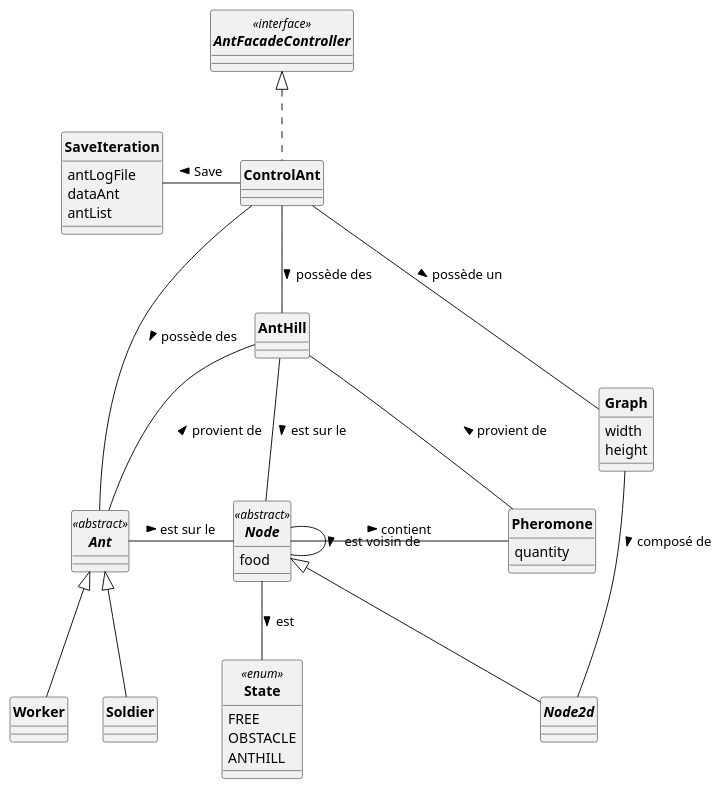
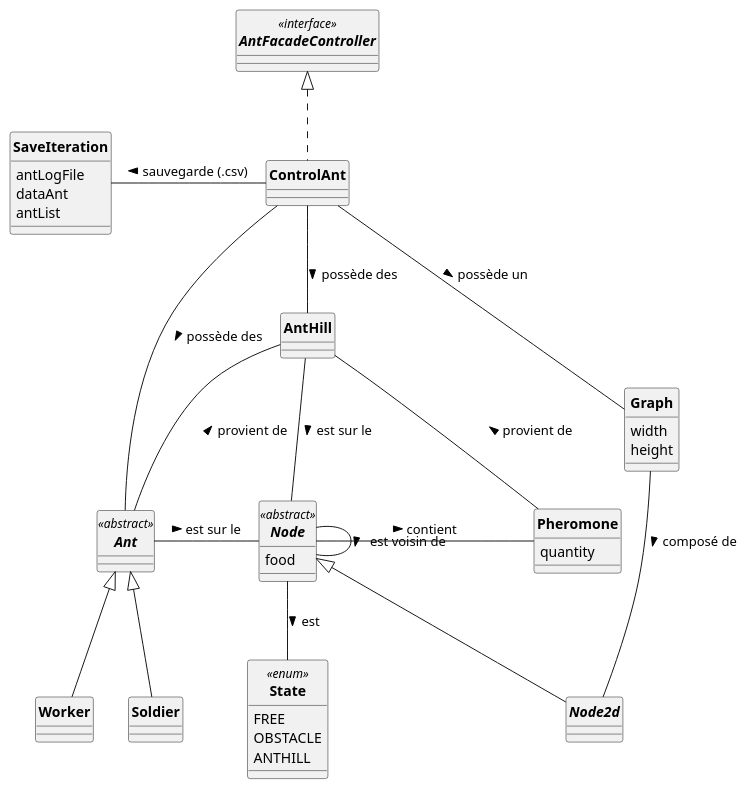
The diagram in src/main/uml/Fourmis_DCa.puml (ErenMustafaGit/ColonieFourmis), drawn with PlantUML before and after one commit. The commit also changed 3 other files, not shown here.

```diff
--- a/src/main/uml/Fourmis_DCa.puml
+++ b/src/main/uml/Fourmis_DCa.puml
@@ -1,78 +1,78 @@
 @startuml
 'https://plantuml.com/sequence-diagram
 skinparam style strictuml
 skinparam classAttributeIconSize 0
 skinparam circledCharacterRadius 0
 skinparam circledCharacterFontSize 0
 skinparam classFontStyle Bold
 'autonumber
 
 
 interface AntFacadeController<<interface>>{
 
 }
 
 enum State <<enum>> {
     FREE
     OBSTACLE
     ANTHILL
 }
 
 
 class Graph {
      width
      height
 }
 abstract Node <<abstract>>{
     food
 }
 
 
 
 abstract Ant <<abstract>>{
 
 }
 
 class AntHill {
 
 }
 
 class Soldier extends Ant{
 
 }
 
 class Worker extends Ant{
 }
 
 class SaveIteration{
     antLogFile
     dataAnt
     antList
 }
 
 class ControlAnt implements AntFacadeController{
 }
 
 class Pheromone{
     quantity
 }
 
 abstract class Node2d extends Node{
 }
-SaveIteration - ControlAnt : Save <
+SaveIteration - ControlAnt : sauvegarde (.csv) <
 
 Node - Node : est voisin de >
 ControlAnt -- Graph : possède un >
 ControlAnt --- Ant : possède des >
 ControlAnt -- AntHill : possède des >
 Graph -- Node2d : composé de >
 Ant  - Node : est sur le >
 Node --  State : est >
 Node - Pheromone : contient >
 Node - AntHill : est sur le <
 
 Ant -u- AntHill : provient de >
 Pheromone - AntHill : provient de >
 
 
 @enduml
```
